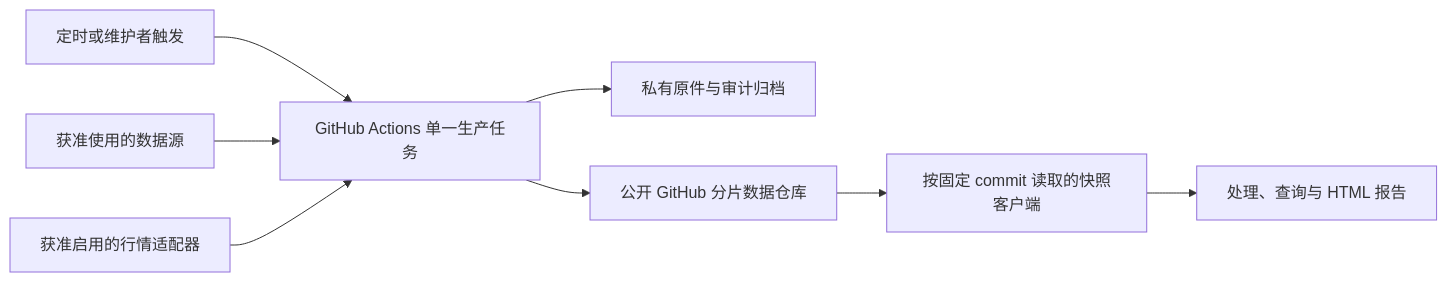
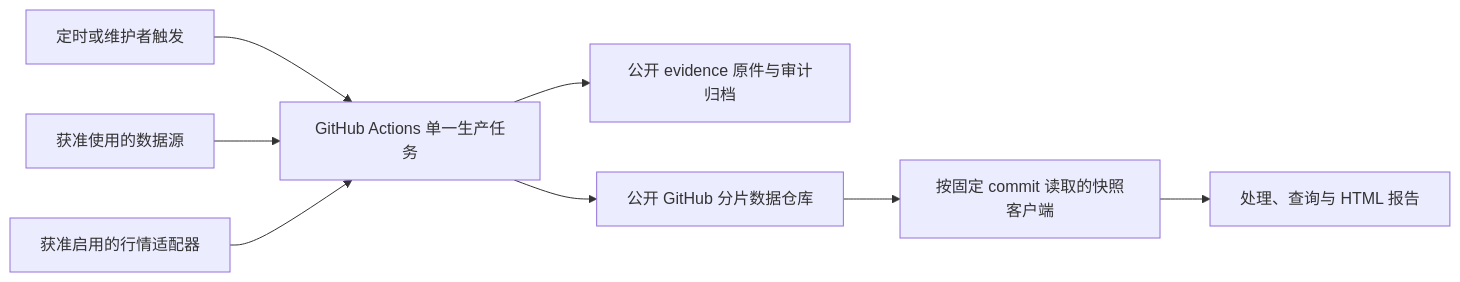
The diagram in docs/政客交易数据服务-总体设计.md (hunterhigh/us-politician-trades-data), drawn with Mermaid before and after one commit. The commit also changed other lines of this file and 10 other files, not shown here.

````diff
--- a/docs/政客交易数据服务-总体设计.md
+++ b/docs/政客交易数据服务-总体设计.md
@@ -54,10 +54,10 @@
 ```mermaid
 flowchart LR
   T[定时或维护者触发] --> J[GitHub Actions 单一生产任务]
   S[获准使用的数据源] --> J
-  J --> E[私有原件与审计归档]
+  J --> E[公开 evidence 原件与审计归档]
   J --> D[公开 GitHub 分片数据仓库]
   D --> C[按固定 commit 读取的快照客户端]
   C --> V[处理、查询与 HTML 报告]
   M[获准启用的行情适配器] --> J
 ```
````
